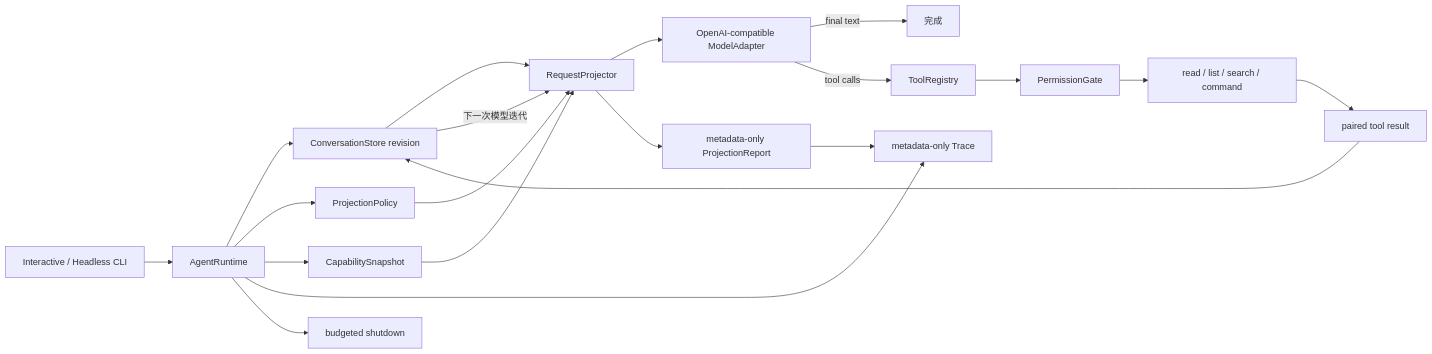
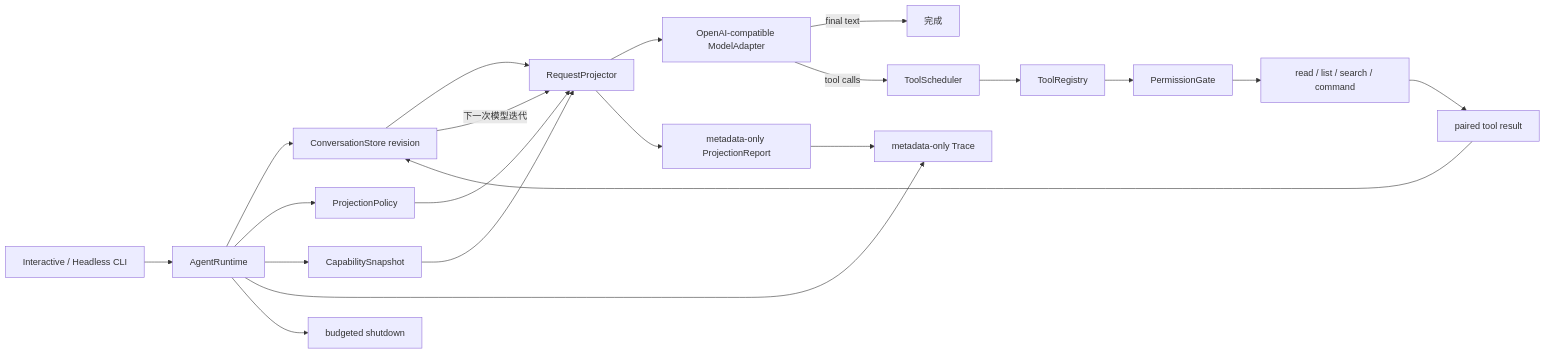
Before and after one commit to bai201928/claude-code-source-course: the diagram in mini-agent-harness/README.md, drawn with Mermaid. The commit also changed other lines of this file and 49 other files, not shown here.

````diff
--- a/mini-agent-harness/README.md
+++ b/mini-agent-harness/README.md
@@ -9,22 +9,23 @@
 ```mermaid
 flowchart LR
   CLI["Interactive / Headless CLI"] --> AR["AgentRuntime"]
   AR --> CS["ConversationStore revision"]
   CS --> RP["RequestProjector"]
   AR --> POL["ProjectionPolicy"]
   POL --> RP
   AR --> CAP["CapabilitySnapshot"]
   CAP --> RP
   RP --> MODEL["OpenAI-compatible ModelAdapter"]
   MODEL -->|"final text"| DONE["完成"]
-  MODEL -->|"tool calls"| REG["ToolRegistry"]
+  MODEL -->|"tool calls"| SCHED["ToolScheduler"]
+  SCHED --> REG["ToolRegistry"]
   REG --> PERM["PermissionGate"]
   PERM --> TOOL["read / list / search / command"]
   TOOL --> RESULT["paired tool result"]
   RESULT --> CS
   CS -->|"下一次模型迭代"| RP
   AR --> TRACE["metadata-only Trace"]
   RP --> REPORT["metadata-only ProjectionReport"]
   REPORT --> TRACE
   AR --> LIFE["budgeted shutdown"]
 ```
````
